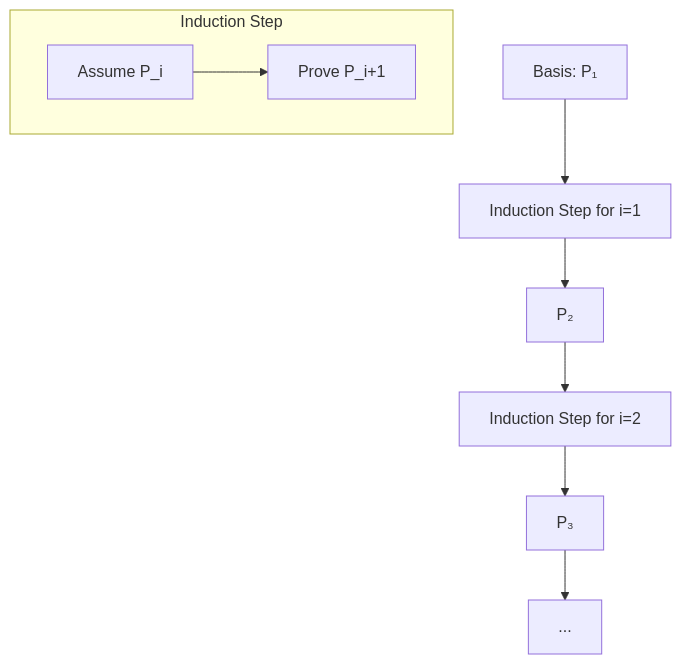
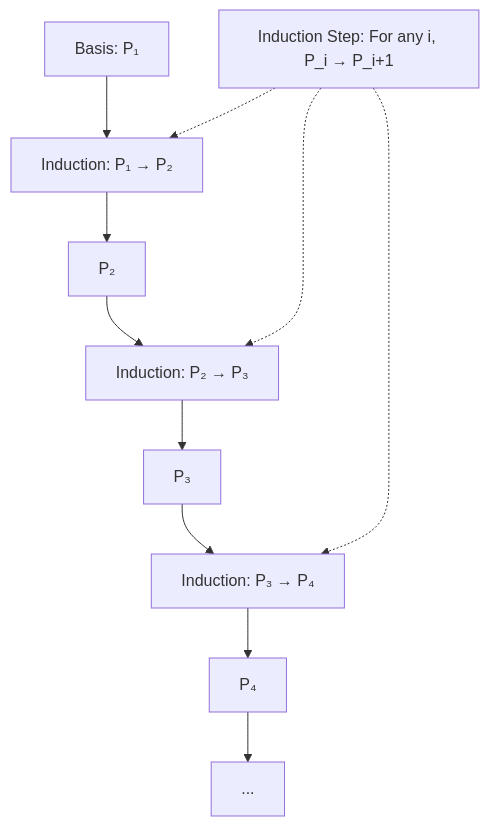
Before and after one commit to Prodaturu/Obsidian: the second of 2 diagrams in 3 - Main Notes/InformationTheoryTum/Types of Proof 0.4.md, drawn with Mermaid. The commit also changed 1 other file, not shown here.

Commit message:
vault sync: 2025-11-25 02:56:38

````diff
--- a/3 - Main Notes/InformationTheoryTum/Types of Proof 0.4.md
+++ b/3 - Main Notes/InformationTheoryTum/Types of Proof 0.4.md
@@ -148,11 +148,14 @@
 ```mermaid
 graph TB
-    subgraph Induction Step
-        I[Assume P_i] --> J[Prove P_i+1]
-    end
-    A[Basis: P₁] --> B[Induction Step for i=1]
+    A[Basis: P₁] --> B[Induction: P₁ → P₂]
     B --> C[P₂]
-    C --> D[Induction Step for i=2]
+    C --> D[Induction: P₂ → P₃]
     D --> E[P₃]
-    E --> F[...]
+    E --> F[Induction: P₃ → P₄]
+    F --> G[P₄]
+    G --> H[...]
+    
+    I[Induction Step: For any i, P_i → P_i+1] -.-> B
+    I -.-> D
+    I -.-> F
 ```
````
